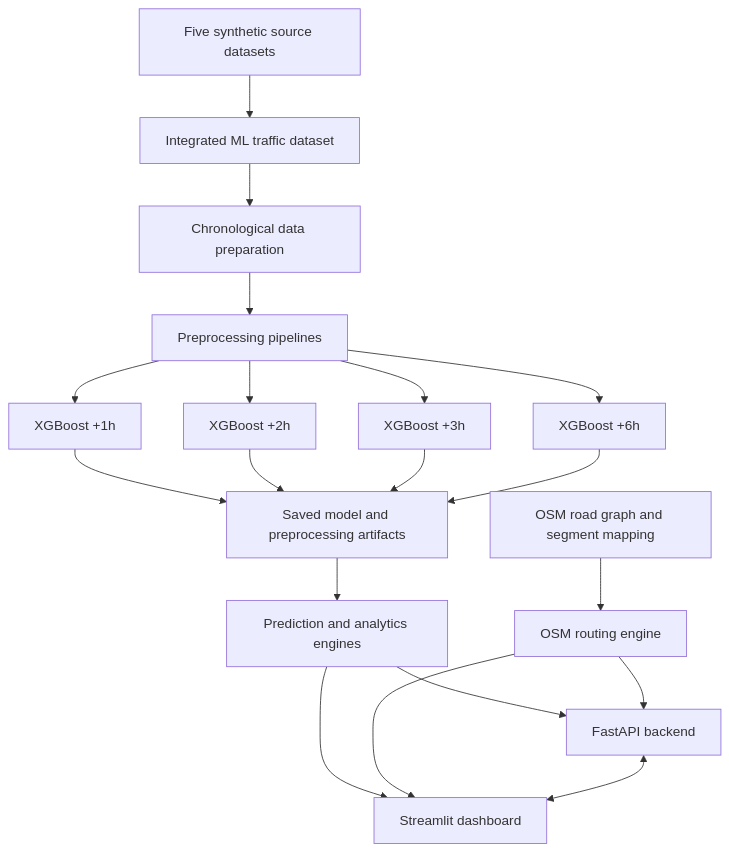
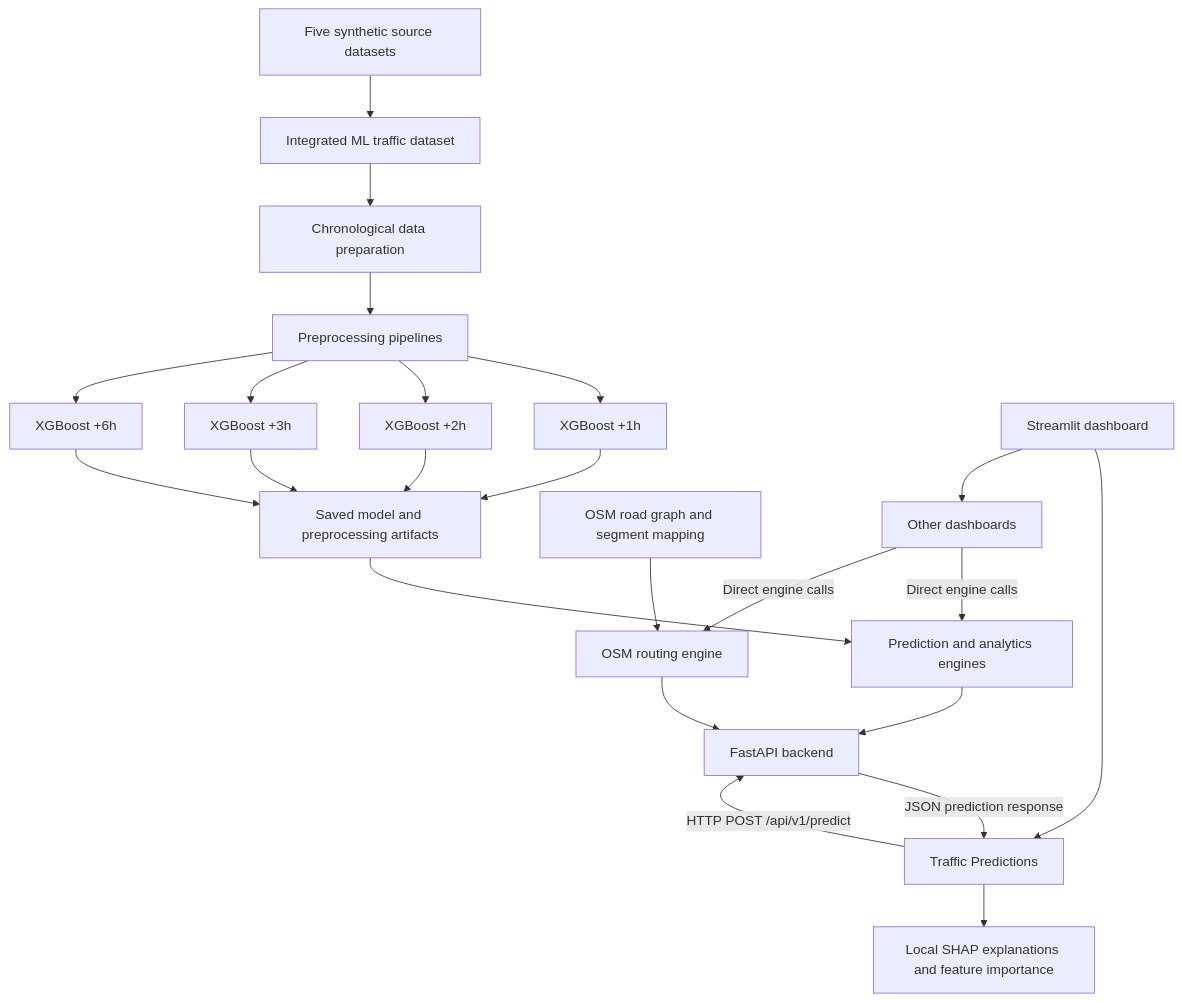
One commit to dhruvan322/traffic-congestion-reduction changed the diagram in README.md. Above: the diagram before and after it, drawn with Mermaid. The commit also changed other lines of this file and 27 other files, not shown here.

````diff
--- a/README.md
+++ b/README.md
@@ -50,21 +52,30 @@
 ```mermaid
 flowchart TD
     A[Five synthetic source datasets] --> B[Integrated ML traffic dataset]
     B --> C[Chronological data preparation]
     C --> D[Preprocessing pipelines]
     D --> E1[XGBoost +1h]
     D --> E2[XGBoost +2h]
     D --> E3[XGBoost +3h]
     D --> E4[XGBoost +6h]
     E1 --> F[Saved model and preprocessing artifacts]
     E2 --> F
     E3 --> F
     E4 --> F
+
     F --> G[Prediction and analytics engines]
     H[OSM road graph and segment mapping] --> I[OSM routing engine]
+
     G --> J[FastAPI backend]
     I --> J
-    G --> K[Streamlit dashboard]
-    I --> K
-    J <--> K
+
+    K[Streamlit dashboard] --> L[Traffic Predictions]
+    L -->|HTTP POST /api/v1/predict| J
+    J -->|JSON prediction response| L
+
+    K --> M[Other dashboards]
+    M -->|Direct engine calls| G
+    M -->|Direct engine calls| I
+
+    L --> N[Local SHAP explanations and feature importance]
 ```
````
